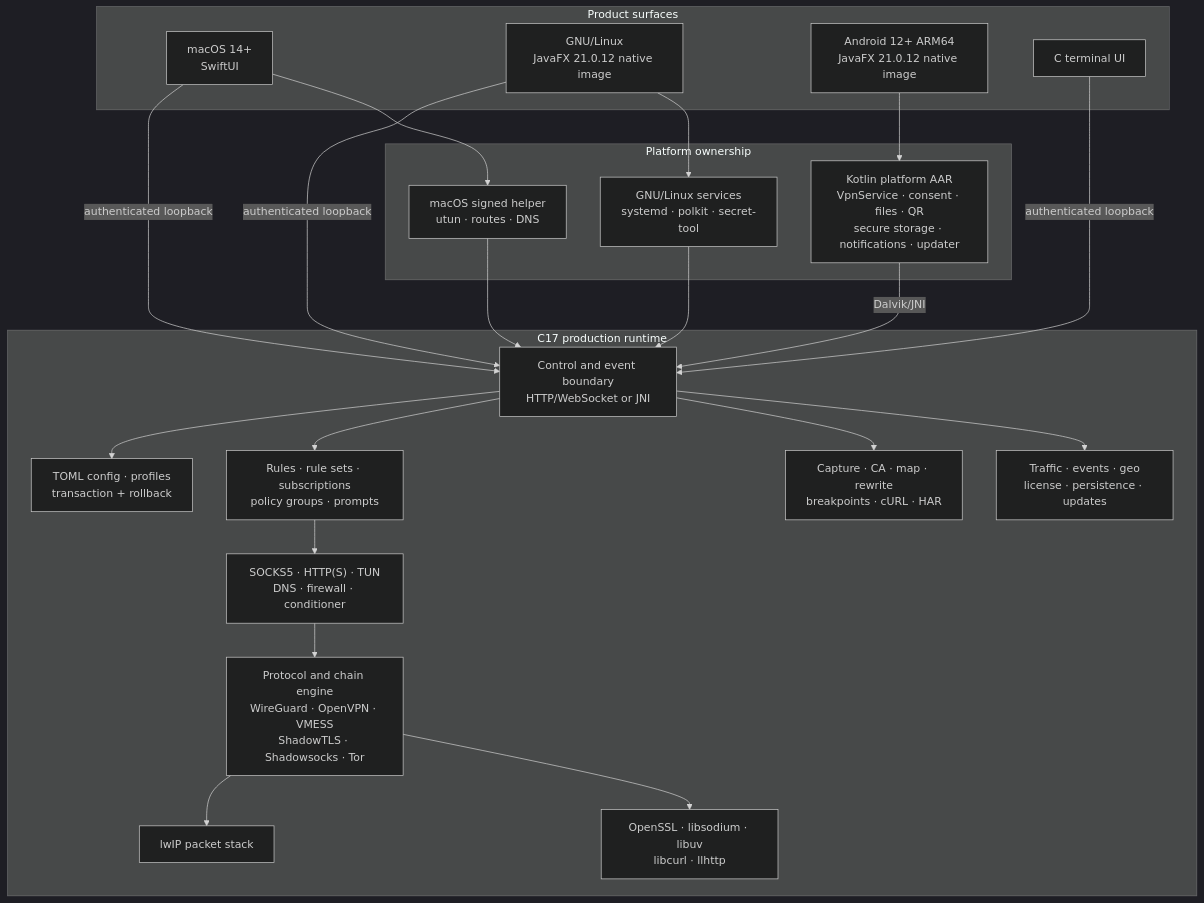
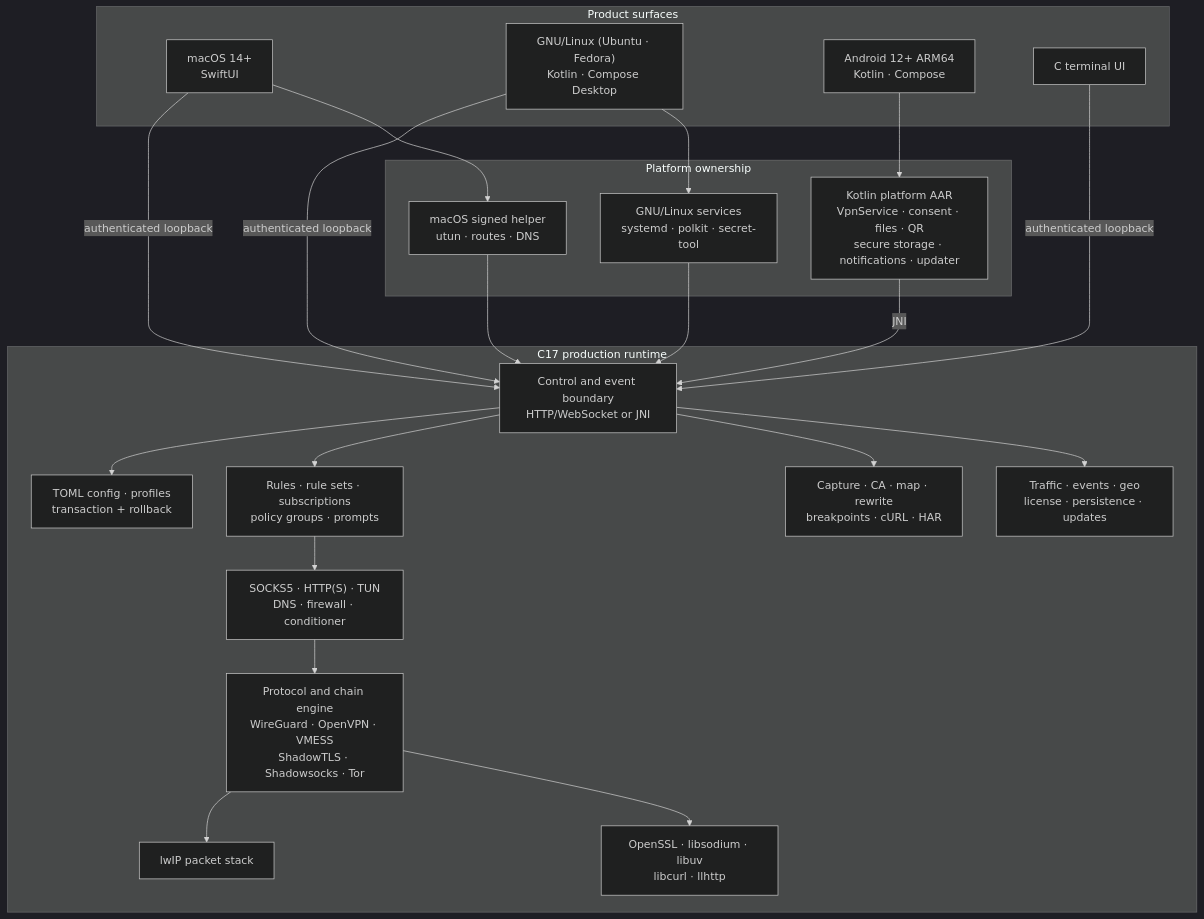
One commit to JohnThre/clambhook changed the first of 4 diagrams in README.md. Above: the diagram before and after it, drawn with Mermaid (dark theme). The commit also changed other lines of this file and 19 other files, not shown here.

First line of the commit message:
docs: document Kotlin UI, Ubuntu/Fedora-only Linux, and signed installers

````diff
--- a/README.md
+++ b/README.md
@@ -40,43 +41,43 @@
 ```mermaid
 flowchart TB
     subgraph clients["Product surfaces"]
         mac["macOS 14+<br/>SwiftUI"]
-        linux["GNU/Linux<br/>JavaFX 21.0.12 native image"]
-        android["Android 12+ ARM64<br/>JavaFX 21.0.12 native image"]
+        linux["GNU/Linux (Ubuntu · Fedora)<br/>Kotlin · Compose Desktop"]
+        android["Android 12+ ARM64<br/>Kotlin · Compose"]
         tui["C terminal UI"]
     end
 
     subgraph platform["Platform ownership"]
         macHelper["macOS signed helper<br/>utun · routes · DNS"]
         linuxServices["GNU/Linux services<br/>systemd · polkit · secret-tool"]
         kotlin["Kotlin platform AAR<br/>VpnService · consent · files · QR<br/>secure storage · notifications · updater"]
     end
 
     subgraph runtime["C17 production runtime"]
         control["Control and event boundary<br/>HTTP/WebSocket or JNI"]
         config["TOML config · profiles<br/>transaction + rollback"]
         routing["Rules · rule sets · subscriptions<br/>policy groups · prompts"]
         network["SOCKS5 · HTTP(S) · TUN<br/>DNS · firewall · conditioner"]
         protocols["Protocol and chain engine<br/>WireGuard · OpenVPN · VMESS<br/>ShadowTLS · Shadowsocks · Tor"]
         developer["Capture · CA · map · rewrite<br/>breakpoints · cURL · HAR"]
         support["Traffic · events · geo<br/>license · persistence · updates"]
         lwip["lwIP packet stack"]
         crypto["OpenSSL · libsodium · libuv<br/>libcurl · llhttp"]
     end
 
     mac -->|authenticated loopback| control
     mac --> macHelper
     linux -->|authenticated loopback| control
     linux --> linuxServices
-    android --> kotlin -->|Dalvik/JNI| control
+    android --> kotlin -->|JNI| control
     tui -->|authenticated loopback| control
     control --> config
     control --> routing
     control --> developer
     routing --> network --> protocols
     protocols --> lwip
     protocols --> crypto
     control --> support
     macHelper --> control
     linuxServices --> control
 ```
````
